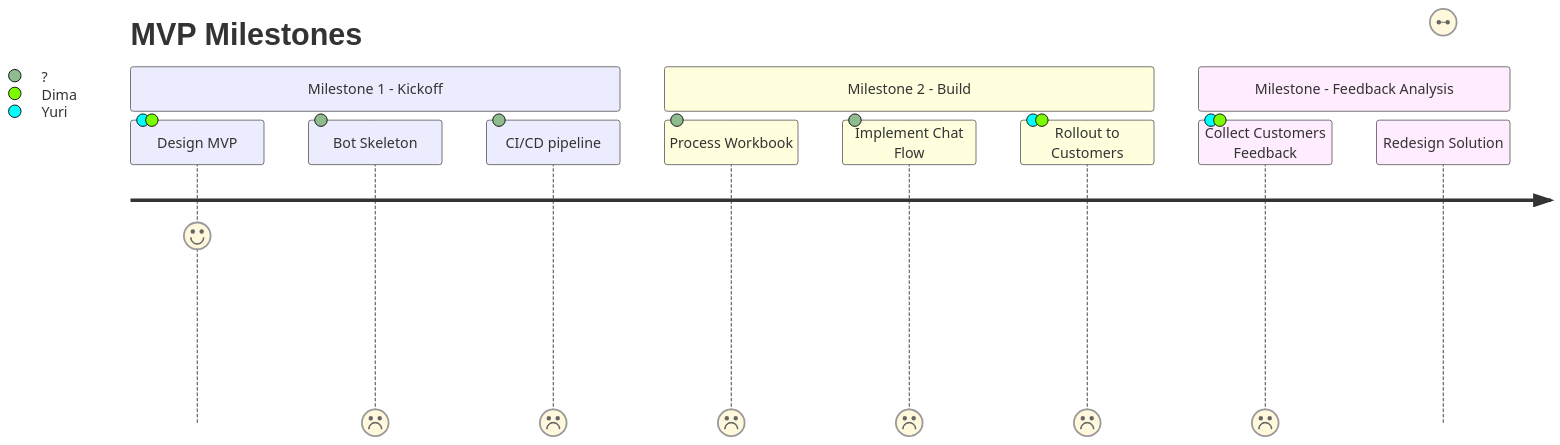
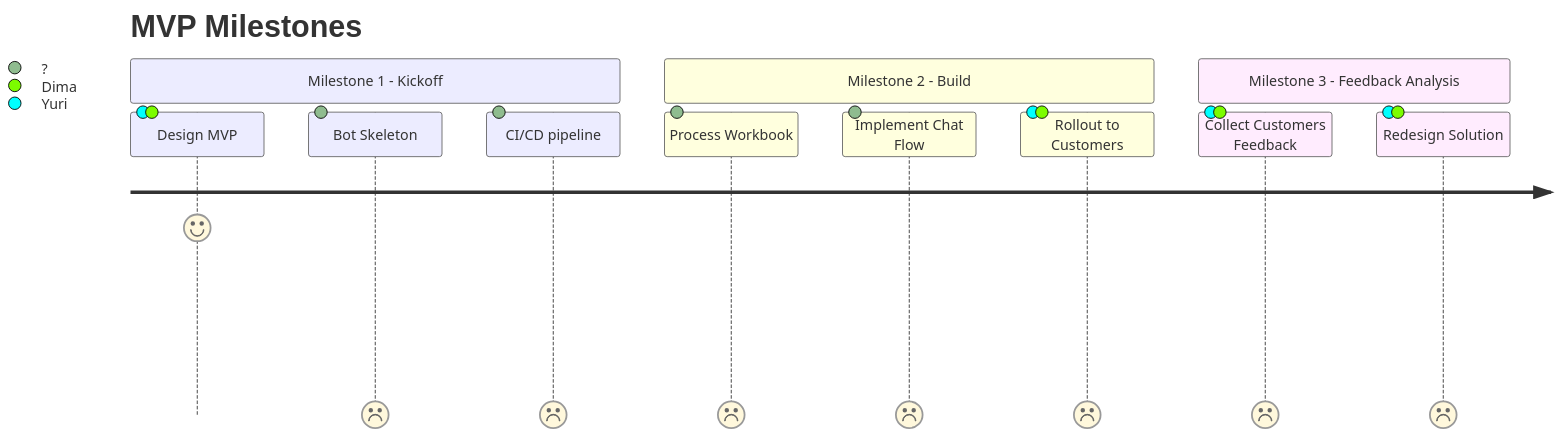
One commit to dimastatz/plato changed the fourth of 4 diagrams in docs/design.md. Above: the diagram before and after it, drawn with Mermaid.

Commit message:
add milestones

````diff
--- a/docs/design.md
+++ b/docs/design.md
@@ -155,15 +155,15 @@
 ```mermaid
 journey
     title MVP Milestones
     section Milestone 1 - Kickoff
       Design MVP : 7: Yuri, Dima
       Bot Skeleton: 0: ?
       CI/CD pipeline: 0: ?
     section Milestone 2 - Build
       Process Workbook: 0: ?
       Implement Chat Flow: 0: ?
       Rollout to Customers: 0: Yuri, Dima
-    section Milestone  - Feedback Analysis
+    section Milestone 3 - Feedback Analysis
       Collect Customers Feedback: 0: Yuri, Dima
-      Redesign Solution: 0, Yuri, Dima
+      Redesign Solution: 0: Yuri, Dima
 ```
````
